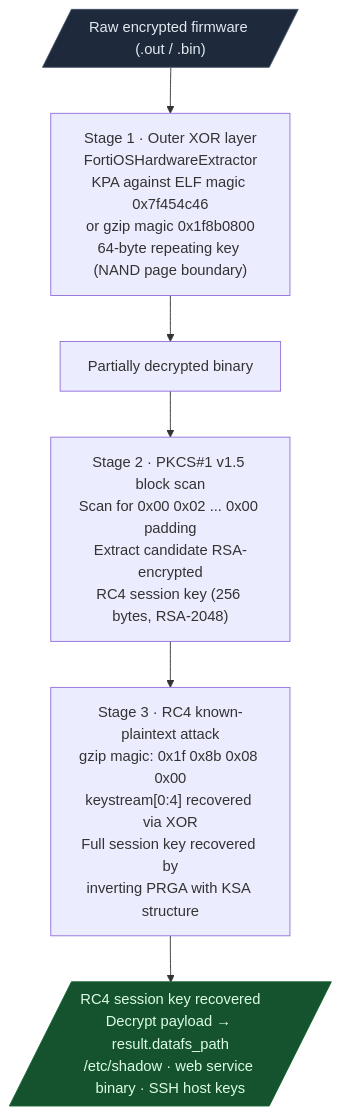
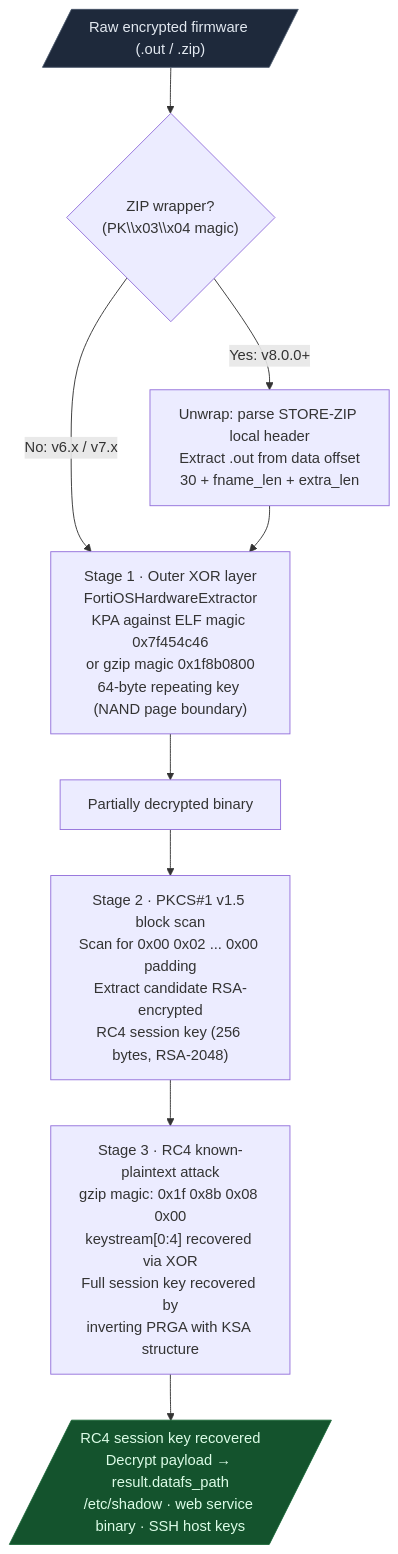
The first of 3 diagrams in docs/module-reference/firmware-analysis.md (Ablation-Tool/ablation), drawn with Mermaid before and after one commit. The commit also changed other lines of this file and 1 other file, not shown here.

Commit message:
fix(fortios_firmware_extractor): unwrap v8.0.0 STORE-ZIP before decompression
v8.0.0 hardware firmware ships inside a STORE-compressed ZIP so from_path() now detects PK magic and calls _extract_from_zip_raw() before the gzip step. Verified: 11 partitions found in FGT 100F v8.0.0.F with the same 64-byte XOR key as v6/v7. FORGE gate passed, docs updated.

````diff
--- a/docs/module-reference/firmware-analysis.md
+++ b/docs/module-reference/firmware-analysis.md
@@ -21,15 +21,19 @@
 ```mermaid
 flowchart TD
-    A[/"Raw encrypted firmware (.out / .bin)"/] --> B["Stage 1 · Outer XOR layer\nFortiOSHardwareExtractor\nKPA against ELF magic 0x7f454c46\nor gzip magic 0x1f8b0800\n64-byte repeating key (NAND page boundary)"]
+    A[/"Raw encrypted firmware (.out / .zip)"/] --> Z{"ZIP wrapper?\n(PK\\x03\\x04 magic)"}
+    Z -->|Yes: v8.0.0+| ZA["Unwrap: parse STORE-ZIP local header\nExtract .out from data offset\n30 + fname_len + extra_len"]
+    Z -->|No: v6.x / v7.x| B
+    ZA --> B
+    B["Stage 1 · Outer XOR layer\nFortiOSHardwareExtractor\nKPA against ELF magic 0x7f454c46\nor gzip magic 0x1f8b0800\n64-byte repeating key (NAND page boundary)"]
 
     B --> C["Partially decrypted binary"]
 
     C --> D["Stage 2 · PKCS#1 v1.5 block scan\nScan for 0x00 0x02 ... 0x00 padding\nExtract candidate RSA-encrypted\nRC4 session key (256 bytes, RSA-2048)"]
 
     D --> E["Stage 3 · RC4 known-plaintext attack\ngzip magic: 0x1f 0x8b 0x08 0x00\nkeystream[0:4] recovered via XOR\nFull session key recovered by\ninverting PRGA with KSA structure"]
 
     E --> F[/"RC4 session key recovered\nDecrypt payload → result.datafs_path\n/etc/shadow · web service binary · SSH host keys"/]
 
     style A fill:#1e293b,stroke:#475569,color:#e2e8f0
     style F fill:#14532d,stroke:#166534,color:#dcfce7
 ```
````
